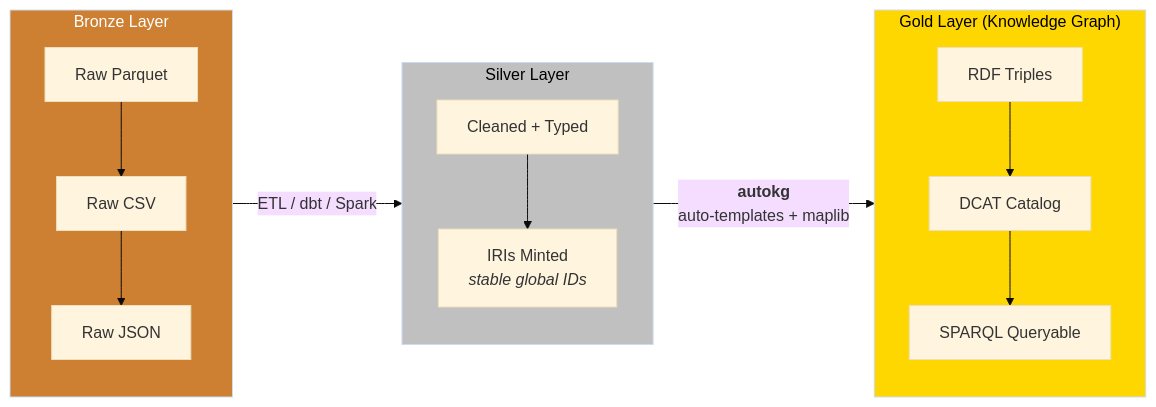
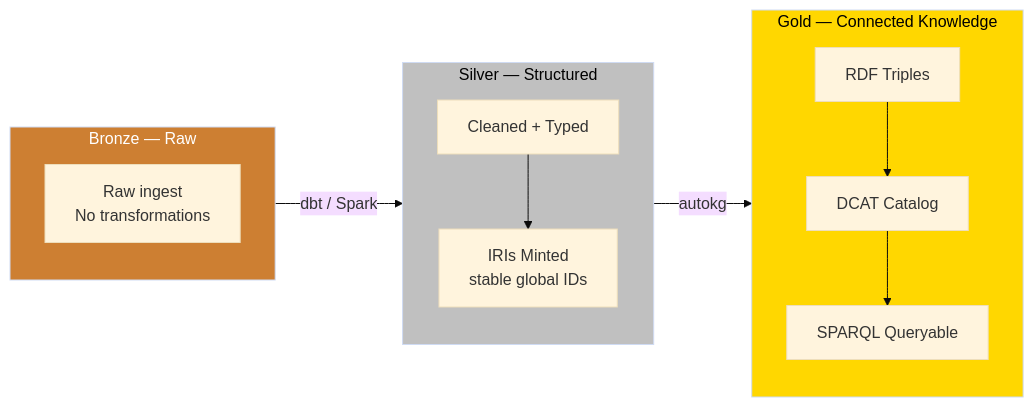
Before and after one commit to kaushikthakur97/autokg: the second of 6 diagrams in README.md, drawn with Mermaid (base theme). The commit also changed other lines of this file, not shown here.

````diff
--- a/README.md
+++ b/README.md
@@ -73,26 +366,18 @@
 ```mermaid
 flowchart LR
-    subgraph Bronze["Bronze Layer"]
-        direction TB
-        B1["Raw Parquet"] --> B2["Raw CSV"]
-        B2 --> B3["Raw JSON"]
+    subgraph Bronze["Bronze — Raw"]
+        B1["Raw ingest<br/>No transformations"]
     end
-
-    subgraph Silver["Silver Layer"]
-        direction TB
-        S1["Cleaned + Typed"] --> S2["IRIs Minted<br/><i>stable global IDs</i>"]
+    subgraph Silver["Silver — Structured"]
+        S1["Cleaned + Typed"] --> S2["IRIs Minted<br/>stable global IDs"]
     end
-
-    subgraph Gold["Gold Layer (Knowledge Graph)"]
-        direction TB
+    subgraph Gold["Gold — Connected Knowledge"]
         G1["RDF Triples"] --> G2["DCAT Catalog"]
         G2 --> G3["SPARQL Queryable"]
     end
-
-    Bronze -->|"ETL / dbt / Spark"| Silver
-    Silver -->|"<b>autokg</b><br/>auto-templates + maplib"| Gold
-
+    Bronze -->|"dbt / Spark"| Silver
+    Silver -->|"autokg"| Gold
     style Silver fill:#c0c0c0,color:#000
     style Gold fill:#ffd700,color:#000
     style Bronze fill:#cd7f32,color:#fff
 ```
````
